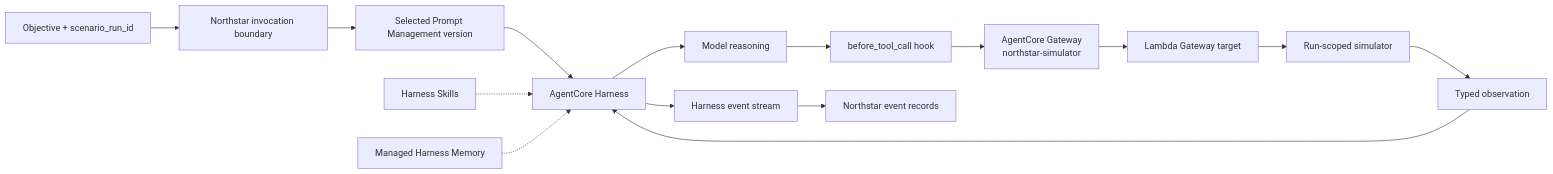
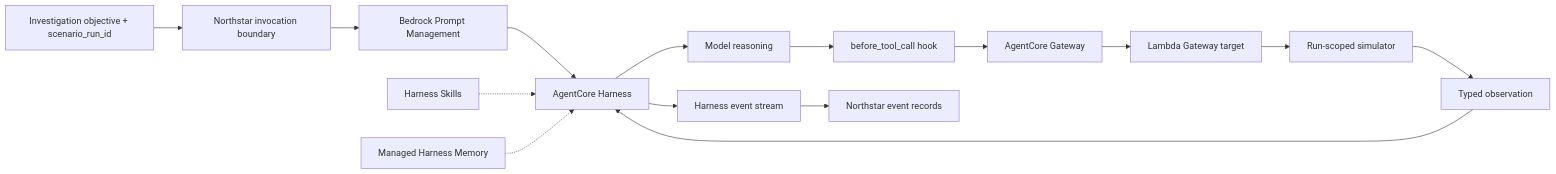
Before and after one commit to karldthomas/northstar-agent-harness-demo: the first of 2 diagrams in TUTORIAL.md, drawn with Mermaid. The commit also changed other lines of this file and 13 other files, not shown here.

````diff
--- a/TUTORIAL.md
+++ b/TUTORIAL.md
@@ -50,17 +41,33 @@
-~~~mermaid
+```mermaid
 flowchart LR
-    Request["Objective + scenario_run_id"] --> Boundary["Northstar invocation boundary"]
-    Boundary --> Prompt["Selected Prompt Management version"]
-    Prompt --> Harness["AgentCore Harness"]
+    Request["Investigation objective + scenario_run_id"]
+    Boundary["Northstar invocation boundary"]
+    Prompt["Bedrock Prompt Management"]
+    Harness["AgentCore Harness"]
+    Model["Model reasoning"]
+    Hook["before_tool_call hook"]
+    Gateway["AgentCore Gateway"]
+    Target["Lambda Gateway target"]
+    Simulator["Run-scoped simulator"]
+    Observation["Typed observation"]
+    Stream["Harness event stream"]
+    Records["Northstar event records"]
+
+    Request --> Boundary
+    Boundary --> Prompt
+    Prompt --> Harness
+
     Skills["Harness Skills"] -.-> Harness
     Memory["Managed Harness Memory"] -.-> Harness
-    Harness --> Model["Model reasoning"]
-    Model --> Hook["before_tool_call hook"]
-    Hook --> Gateway["AgentCore Gateway<br/>northstar-simulator"]
-    Gateway --> Target["Lambda Gateway target"]
-    Target --> Simulator["Run-scoped simulator"]
-    Simulator --> Observation["Typed observation"]
+
+    Harness --> Model
+    Model --> Hook
+    Hook --> Gateway
+    Gateway --> Target
+    Target --> Simulator
+    Simulator --> Observation
     Observation --> Harness
-    Harness --> Stream["Harness event stream"]
-    Stream --> Records["Northstar event records"]
-~~~
+
+    Harness --> Stream
+    Stream --> Records
+```
````
